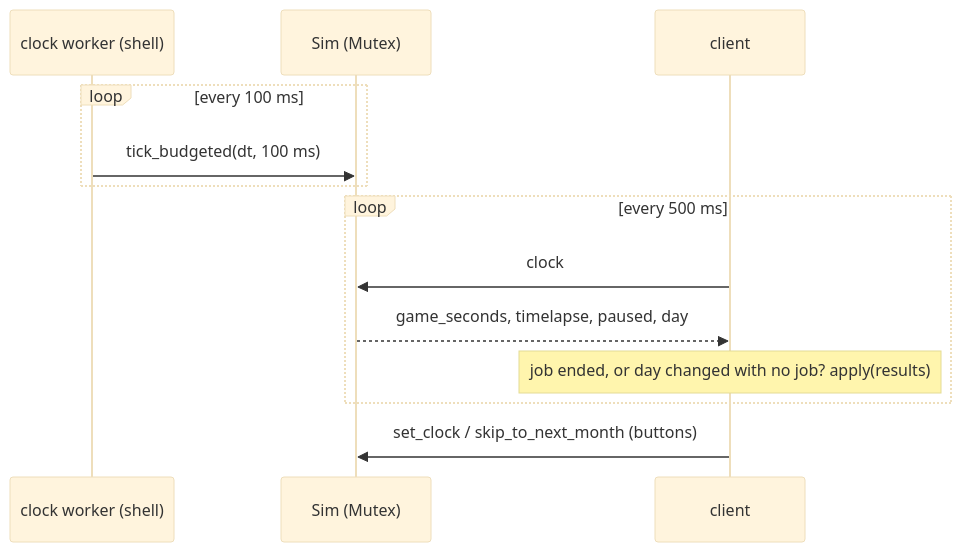
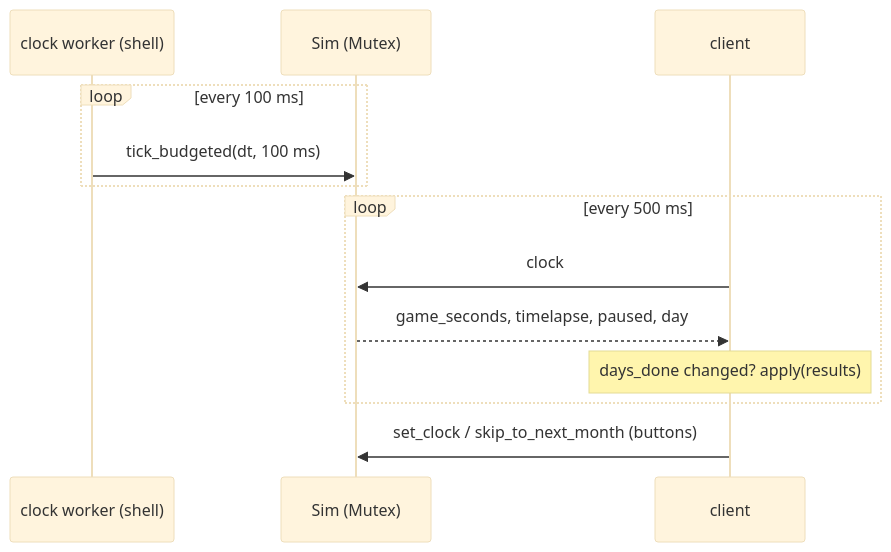
Before and after one commit to mr-gril-em-up/Transportation-Simulator: the second of 2 diagrams in app/docs/ARCHITECTURE.md, drawn with Mermaid (base theme). The commit also changed other lines of this file and 11 other files, not shown here.

````diff
--- a/app/docs/ARCHITECTURE.md
+++ b/app/docs/ARCHITECTURE.md
@@ -269,15 +285,15 @@
 ```mermaid
 sequenceDiagram
     participant W as clock worker (shell)
     participant S as Sim (Mutex)
     participant C as client
     loop every 100 ms
         W->>S: tick_budgeted(dt, 100 ms)
     end
     loop every 500 ms
         C->>S: clock
         S-->>C: game_seconds, timelapse, paused, day
-        Note over C: job ended, or day changed with no job? apply(results)
+        Note over C: days_done changed? apply(results)
     end
     C->>S: set_clock / skip_to_next_month (buttons)
 ```
````
